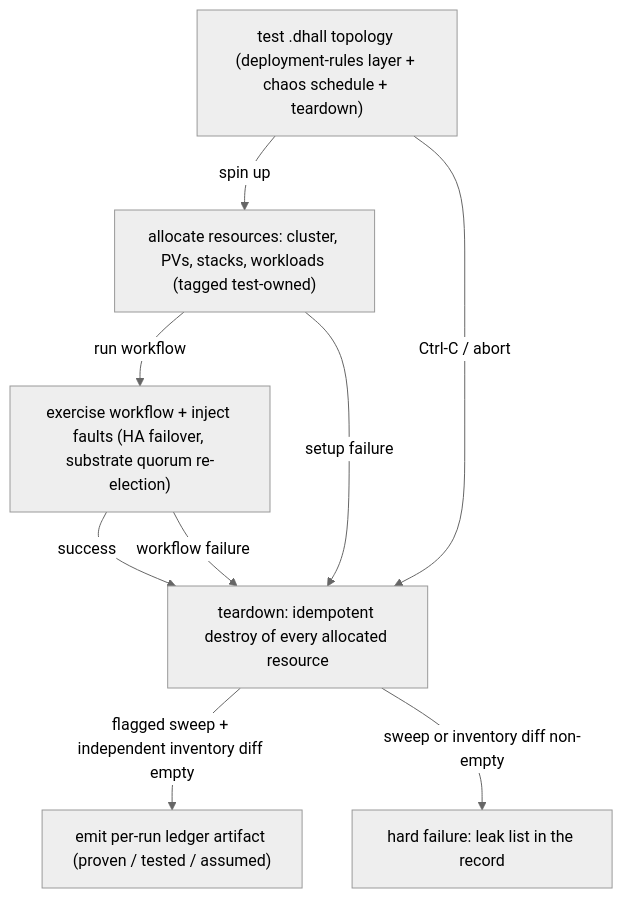
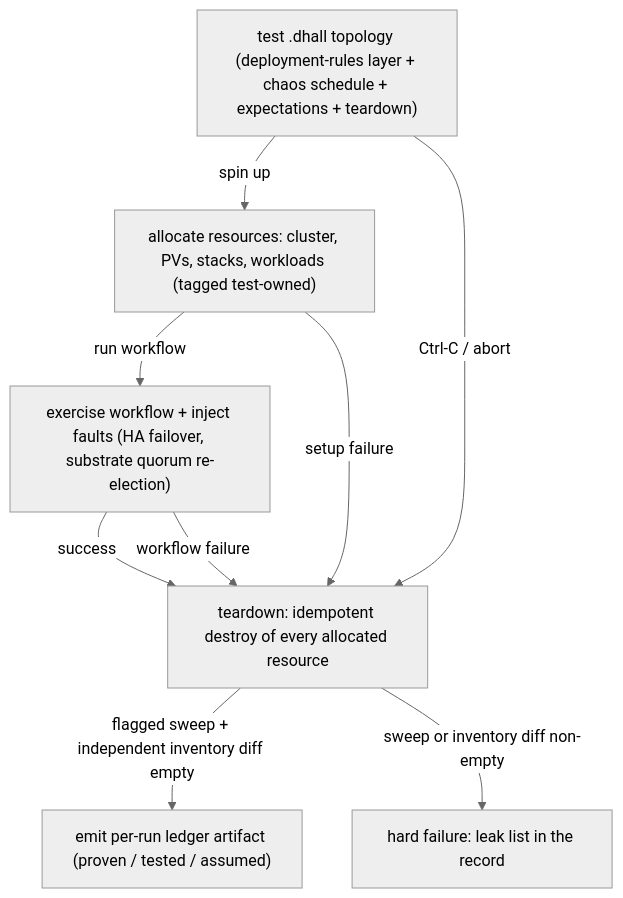
Before and after one commit to Tuee22/amoebius: the first of 3 diagrams in documents/engineering/testing_doctrine.md, drawn with Mermaid (neutral theme). The commit also changed other lines of this file and 66 other files, not shown here.

````diff
--- a/documents/engineering/testing_doctrine.md
+++ b/documents/engineering/testing_doctrine.md
@@ -135,11 +139,11 @@
 ```mermaid
 flowchart TD
-  spec["test .dhall topology (deployment-rules layer + chaos schedule + teardown)"] -->|spin up| up["allocate resources: cluster, PVs, stacks, workloads (tagged test-owned)"]
+  spec["test .dhall topology (deployment-rules layer + chaos schedule + expectations + teardown)"] -->|spin up| up["allocate resources: cluster, PVs, stacks, workloads (tagged test-owned)"]
   up -->|run workflow| run["exercise workflow + inject faults (HA failover, substrate quorum re-election)"]
   run -->|success| down["teardown: idempotent destroy of every allocated resource"]
   run -->|workflow failure| down
   up -->|setup failure| down
   spec -->|Ctrl-C / abort| down
   down -->|flagged sweep + independent inventory diff empty| ledger["emit per-run ledger artifact (proven / tested / assumed)"]
   down -->|sweep or inventory diff non-empty| fail["hard failure: leak list in the record"]
 ```
````
